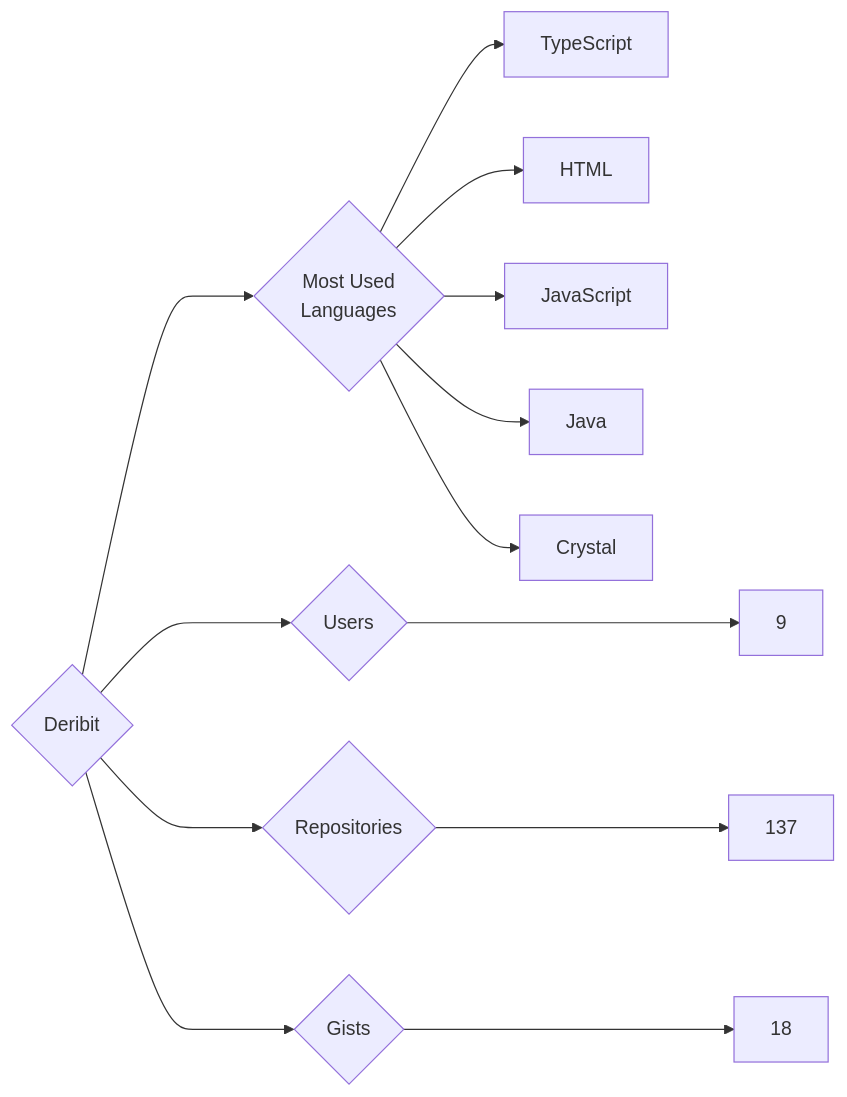
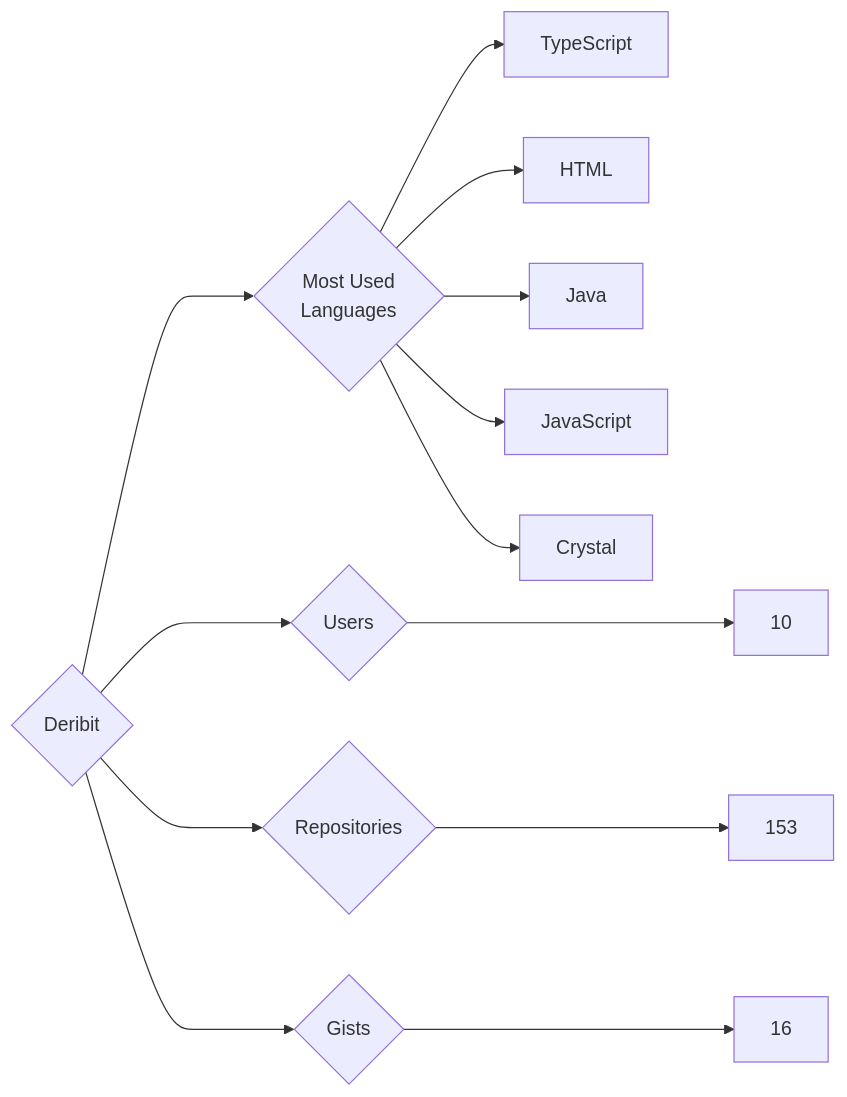
One commit to trickest/insiders changed the diagram in targets/Deribit/README.md. Above: the diagram before and after it, drawn with Mermaid. The commit also changed 873 other files, not shown here.

````diff
--- a/targets/Deribit/README.md
+++ b/targets/Deribit/README.md
@@ -3,13 +3,13 @@
 ```mermaid
 graph LR
 COMPANY_NAME{Deribit}
-COMPANY_NAME ---> U{Users} ---> UN[9]
-COMPANY_NAME ---> R{Repositories} ---> RN[137]
-COMPANY_NAME ---> G{Gists} ---> GN[18]
+COMPANY_NAME ---> U{Users} ---> UN[10]
+COMPANY_NAME ---> R{Repositories} ---> RN[153]
+COMPANY_NAME ---> G{Gists} ---> GN[16]
 COMPANY_NAME ---> ML{Most Used<br>Languages}
 ML --> TypeScript[TypeScript]
 ML --> HTML[HTML]
+ML --> Java[Java]
 ML --> JavaScript[JavaScript]
-ML --> Java[Java]
 ML --> Crystal[Crystal]
 ```
````
